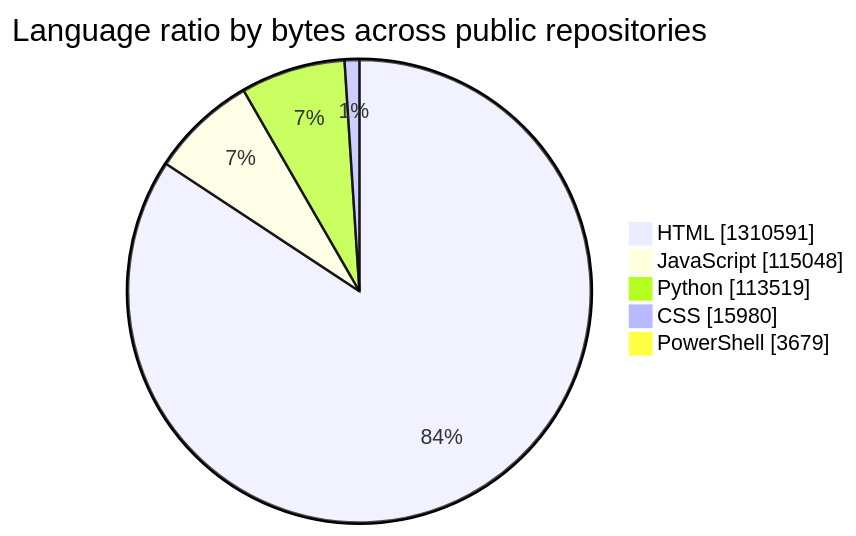
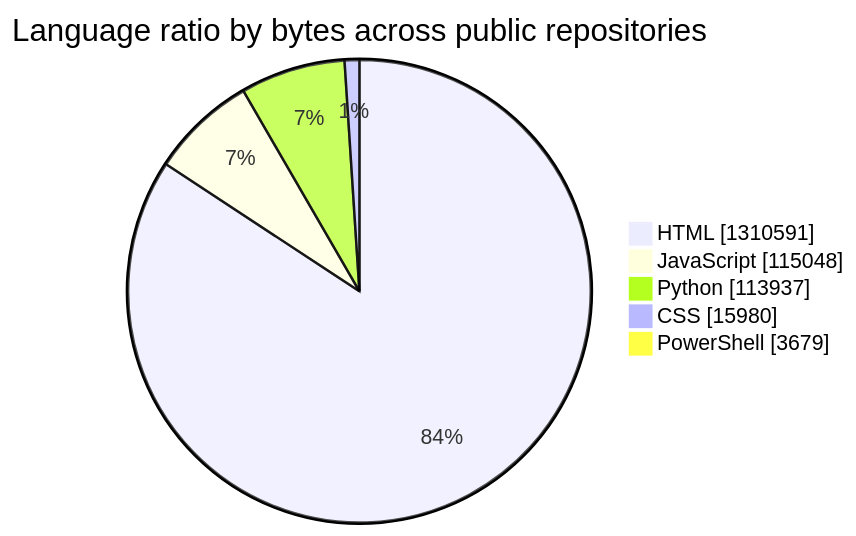
The first of 2 diagrams in README.md (tchinso/tchinso), drawn with Mermaid before and after one commit. The commit also changed other lines of this file, not shown here.

````diff
--- a/README.md
+++ b/README.md
@@ -25,9 +22,9 @@
 ```mermaid
 pie showData
     title Language ratio by bytes across public repositories
     "HTML" : 1310591
     "JavaScript" : 115048
-    "Python" : 113519
+    "Python" : 113937
     "CSS" : 15980
     "PowerShell" : 3679
 ```
````
